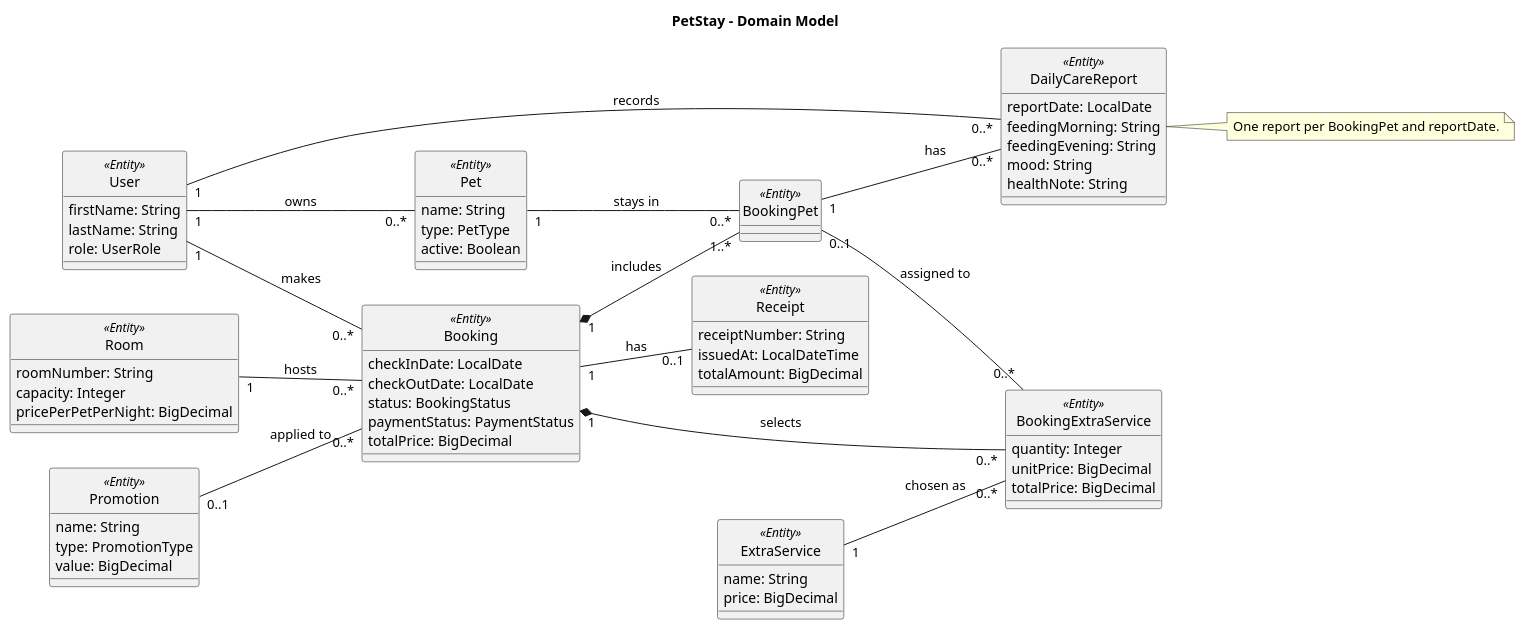
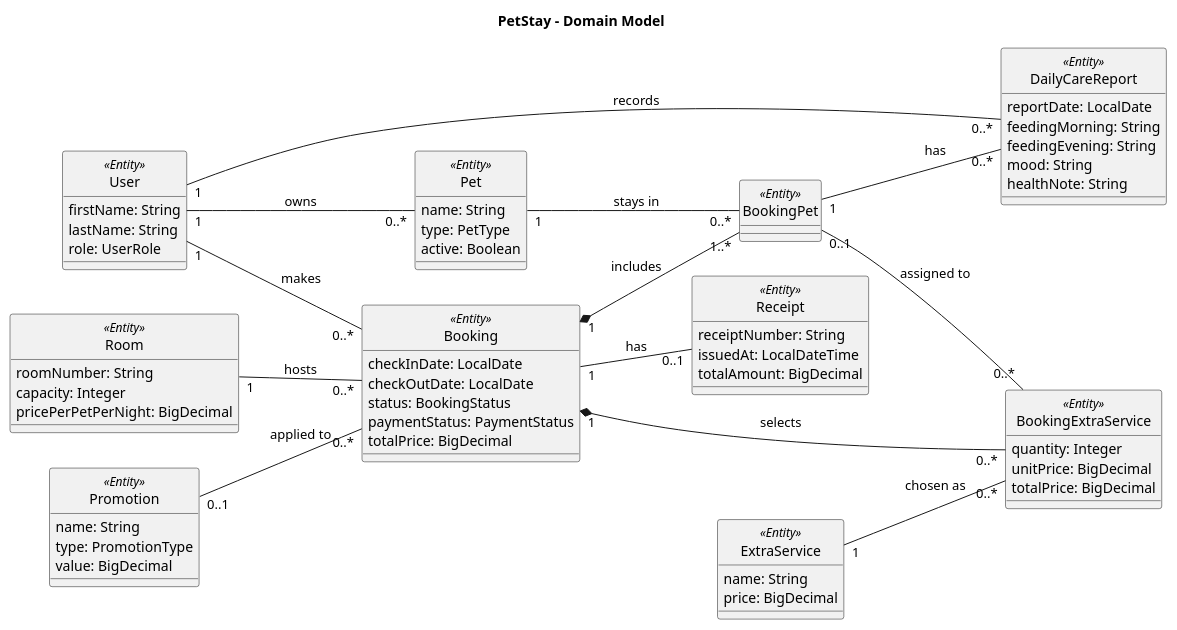
Before and after one commit to Tanut-oam/PetsHotel_Project: the diagram in doc/diagrams/domain-model.puml, drawn with PlantUML. The commit also changed 1 other file, not shown here.

```diff
--- a/doc/diagrams/domain-model.puml
+++ b/doc/diagrams/domain-model.puml
@@ -1,95 +1,91 @@
 @startuml domain-model
 left to right direction
 skinparam defaultFontName "Tahoma"
 skinparam classAttributeIconSize 0
 hide circle
 
 title PetStay - Domain Model
 
 ' ---------- Users and pets ----------
 
 class User <<Entity>> {
   firstName: String
   lastName: String
   role: UserRole
 }
 
 class Pet <<Entity>> {
   name: String
   type: PetType
   active: Boolean
 }
 
 class Room <<Entity>> {
   roomNumber: String
   capacity: Integer
   pricePerPetPerNight: BigDecimal
 }
 
 ' ---------- Bookings and care ----------
 
 class Booking <<Entity>> {
   checkInDate: LocalDate
   checkOutDate: LocalDate
   status: BookingStatus
   paymentStatus: PaymentStatus
   totalPrice: BigDecimal
 }
 
 class BookingPet <<Entity>>
 
 class DailyCareReport <<Entity>> {
   reportDate: LocalDate
   feedingMorning: String
   feedingEvening: String
   mood: String
   healthNote: String
 }
 
 ' ---------- Offers and payment ----------
 
 class Promotion <<Entity>> {
   name: String
   type: PromotionType
   value: BigDecimal
 }
 
 class ExtraService <<Entity>> {
   name: String
   price: BigDecimal
 }
 
 class BookingExtraService <<Entity>> {
   quantity: Integer
   unitPrice: BigDecimal
   totalPrice: BigDecimal
 }
 
 class Receipt <<Entity>> {
   receiptNumber: String
   issuedAt: LocalDateTime
   totalAmount: BigDecimal
 }
 
 ' ---------- Relationships ----------
 
 User "1" -- "0..*" Pet : owns
 User "1" -- "0..*" Booking : makes
 User "1" -- "0..*" DailyCareReport : records
 
 Room "1" -- "0..*" Booking : hosts
 Booking "1" *-- "1..*" BookingPet : includes
 Pet "1" -- "0..*" BookingPet : stays in
 BookingPet "1" -- "0..*" DailyCareReport : has
 
 Promotion "0..1" -- "0..*" Booking : applied to
 Booking "1" *-- "0..*" BookingExtraService : selects
 ExtraService "1" -- "0..*" BookingExtraService : chosen as
 BookingPet "0..1" -- "0..*" BookingExtraService : assigned to
 Booking "1" -- "0..1" Receipt : has
 
-note right of DailyCareReport
-  One report per BookingPet and reportDate.
-end note
-
 @enduml
```
